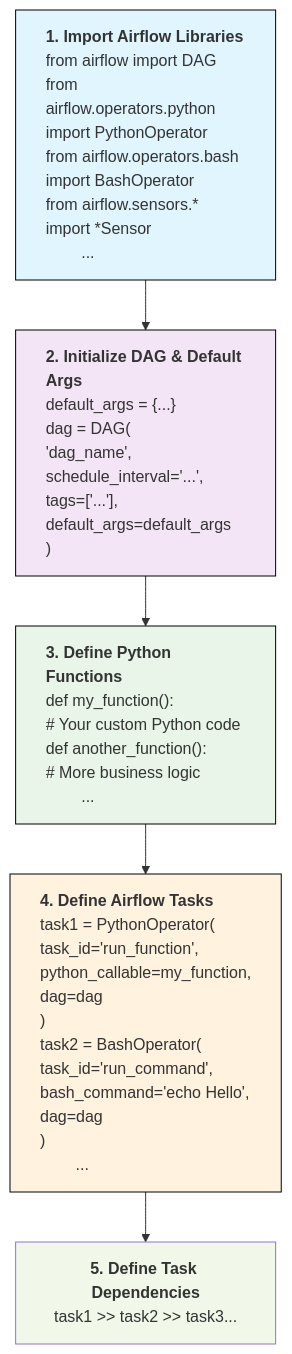
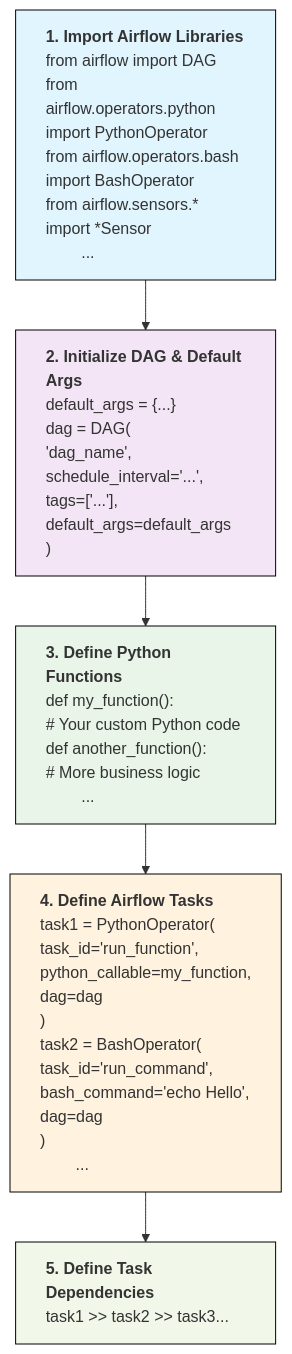
The second of 4 diagrams in 03-orchestration/README.md (calatre/mlops-zoomcamp), drawn with Mermaid before and after one commit. The commit also changed other lines of this file and 1 other file, not shown here.

````diff
--- a/03-orchestration/README.md
+++ b/03-orchestration/README.md
@@ -230,49 +230,49 @@
 ```mermaid
 flowchart TD
 	classDef leftAlign fill:#fff, stroke:#000, text-align:left;
 
     A["`**1. Import Airflow Libraries**
     from airflow import DAG
     from airflow.operators.python import PythonOperator
     from airflow.operators.bash import BashOperator
     from airflow.sensors.* import *Sensor 
 	...`"]:::leftAlign --> B
 
     B["`**2. Initialize DAG & Default Args**
     default_args = {...}</b>
     dag = DAG(
         'dag_name',
         schedule_interval='...',
         tags=['...'],
         default_args=default_args
     )`"]:::leftAlign --> C
 
     C["`**3. Define Python Functions**
     def my_function():
         # Your custom Python code
     def another_function():
         # More business logic
 	...`"]:::leftAlign --> D
 
     D["`**4. Define Airflow Tasks**
     task1 = PythonOperator(
         task_id='run_function',
         python_callable=my_function,
         dag=dag
     )
     task2 = BashOperator(
         task_id='run_command',
         bash_command='echo Hello',
         dag=dag
     )
 	...`"]:::leftAlign --> E
 
     E["`**5. Define Task Dependencies**
-    task1 >> task2 >> task3...`"]
+    task1 >> task2 >> task3...`"]:::leftAlign
 
     style A fill:#e1f5fe
     style B fill:#f3e5f5
     style C fill:#e8f5e8
     style D fill:#fff3e0
     style E fill:#f1f8e9
 ```
````
